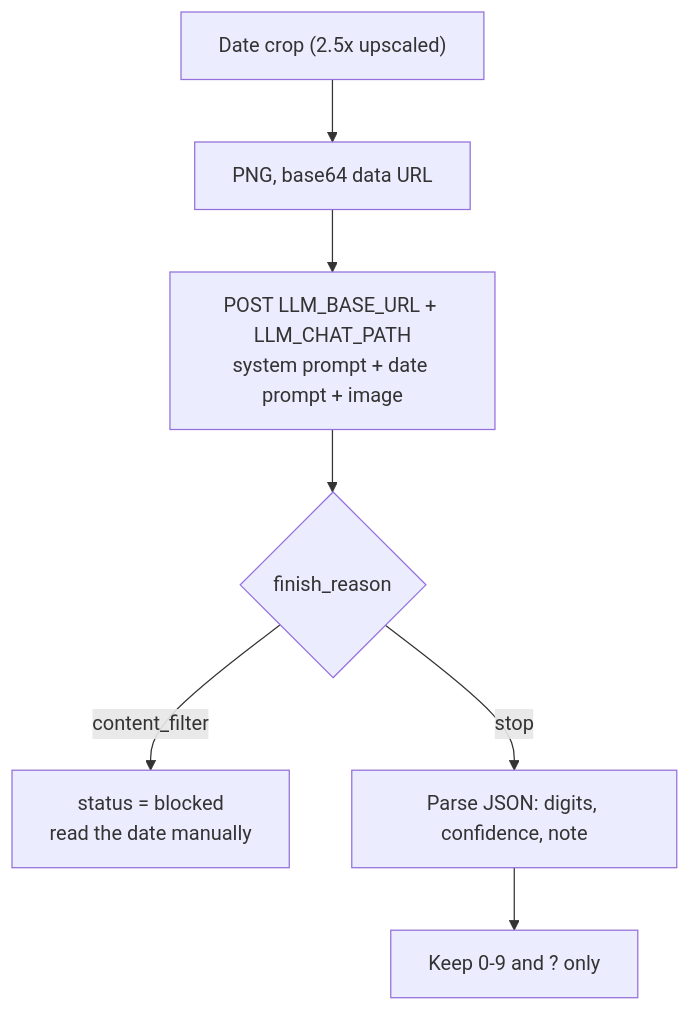
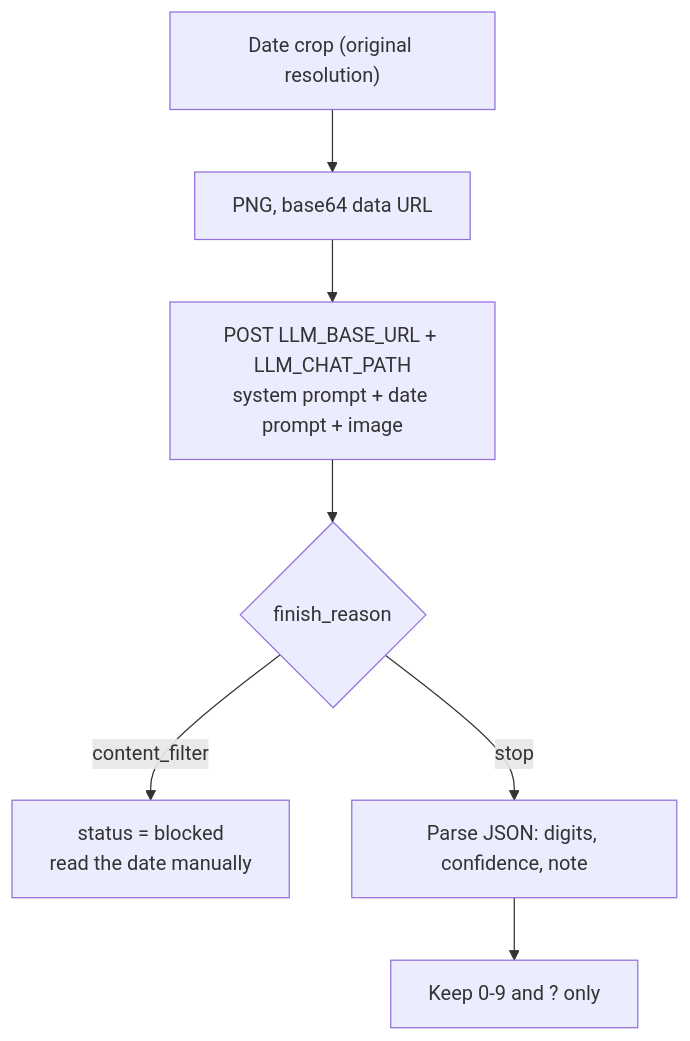
The fourth of 8 diagrams in README.md (heyitssyakirrr/cheque-fraud-detection), drawn with Mermaid before and after one commit. The commit also changed other lines of this file and 9 other files, not shown here.

````diff
--- a/README.md
+++ b/README.md
@@ -222,9 +222,9 @@
 ```mermaid
 flowchart TD
-    A["Date crop (2.5x upscaled)"] --> B["PNG, base64 data URL"]
+    A["Date crop (original resolution)"] --> B["PNG, base64 data URL"]
     B --> C["POST LLM_BASE_URL + LLM_CHAT_PATH<br/>system prompt + date prompt + image"]
     C --> D{"finish_reason"}
     D -- "content_filter" --> E["status = blocked<br/>read the date manually"]
     D -- "stop" --> F["Parse JSON: digits, confidence, note"]
     F --> G["Keep 0-9 and ? only"]
 ```
````
